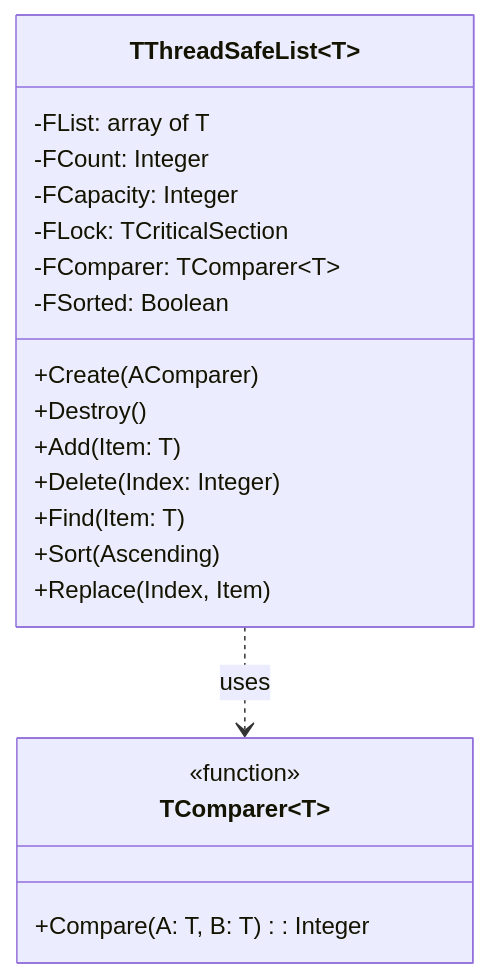
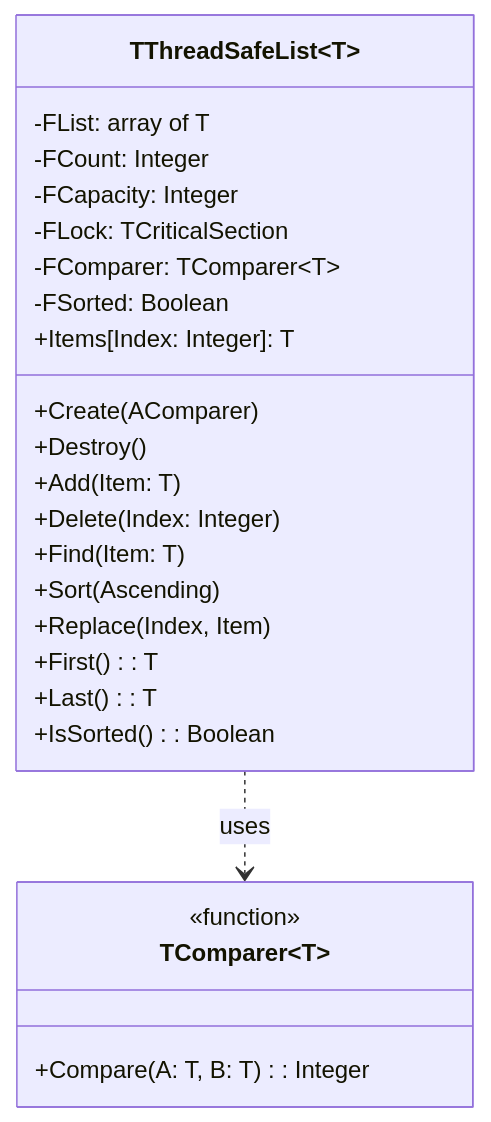
One commit to ikelaiah/threadsafecollections-fp changed the diagram in docs/ThreadSafeCollections.List-API.md. Above: the diagram before and after it, drawn with Mermaid. The commit also changed 1 other file, not shown here.

Commit message:
Update - README and API docs.

````diff
--- a/docs/ThreadSafeCollections.List-API.md
+++ b/docs/ThreadSafeCollections.List-API.md
@@ -5,23 +5,27 @@
 ```mermaid
 classDiagram
 class TThreadSafeList~T~ {
--FList: array of T
--FCount: Integer
--FCapacity: Integer
--FLock: TCriticalSection
--FComparer: TComparer~T~
--FSorted: Boolean
-+Create(AComparer)
-+Destroy()
-+Add(Item: T)
-+Delete(Index: Integer)
-+Find(Item: T)
-+Sort(Ascending)
-+Replace(Index, Item)
+  -FList: array of T
+  -FCount: Integer
+  -FCapacity: Integer
+  -FLock: TCriticalSection
+  -FComparer: TComparer~T~
+  -FSorted: Boolean
+  +Create(AComparer)
+  +Destroy()
+  +Add(Item: T)
+  +Delete(Index: Integer)
+  +Find(Item: T)
+  +Sort(Ascending)
+  +Replace(Index, Item)
+  +First(): T
+  +Last(): T
+  +IsSorted(): Boolean
+  +Items[Index: Integer]: T
 }
 class TComparer~T~ {
-<<function>>
-+Compare(A: T, B: T): Integer
+  <<function>>
+  +Compare(A: T, B: T): Integer
 }
 TThreadSafeList ..> TComparer : uses
 ```
````
